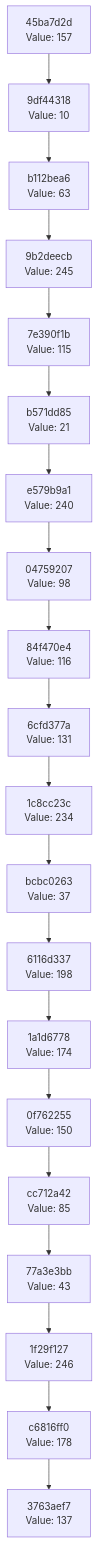
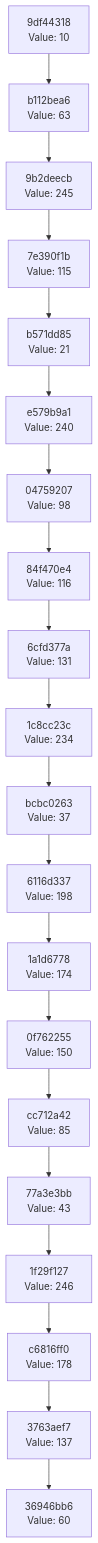
One commit to Abhisheksinha1506/hash-chain-evolver changed the diagram in docs/CHAIN_VISUALIZATION.md. Above: the diagram before and after it, drawn with Mermaid. The commit also changed 3 other files, not shown here.

````diff
--- a/docs/CHAIN_VISUALIZATION.md
+++ b/docs/CHAIN_VISUALIZATION.md
@@ -3,42 +3,42 @@
 ```mermaid
 graph TD
-    C0["3763aef7<br/>Value: 137"]
-    C1["c6816ff0<br/>Value: 178"]
+    C0["36946bb6<br/>Value: 60"]
+    C1["3763aef7<br/>Value: 137"]
     C1 --> C0
-    C2["1f29f127<br/>Value: 246"]
+    C2["c6816ff0<br/>Value: 178"]
     C2 --> C1
-    C3["77a3e3bb<br/>Value: 43"]
+    C3["1f29f127<br/>Value: 246"]
     C3 --> C2
-    C4["cc712a42<br/>Value: 85"]
+    C4["77a3e3bb<br/>Value: 43"]
     C4 --> C3
-    C5["0f762255<br/>Value: 150"]
+    C5["cc712a42<br/>Value: 85"]
     C5 --> C4
-    C6["1a1d6778<br/>Value: 174"]
+    C6["0f762255<br/>Value: 150"]
     C6 --> C5
-    C7["6116d337<br/>Value: 198"]
+    C7["1a1d6778<br/>Value: 174"]
     C7 --> C6
-    C8["bcbc0263<br/>Value: 37"]
+    C8["6116d337<br/>Value: 198"]
     C8 --> C7
-    C9["1c8cc23c<br/>Value: 234"]
+    C9["bcbc0263<br/>Value: 37"]
     C9 --> C8
-    C10["6cfd377a<br/>Value: 131"]
+    C10["1c8cc23c<br/>Value: 234"]
     C10 --> C9
-    C11["84f470e4<br/>Value: 116"]
+    C11["6cfd377a<br/>Value: 131"]
     C11 --> C10
-    C12["04759207<br/>Value: 98"]
+    C12["84f470e4<br/>Value: 116"]
     C12 --> C11
-    C13["e579b9a1<br/>Value: 240"]
+    C13["04759207<br/>Value: 98"]
     C13 --> C12
-    C14["b571dd85<br/>Value: 21"]
+    C14["e579b9a1<br/>Value: 240"]
     C14 --> C13
-    C15["7e390f1b<br/>Value: 115"]
+    C15["b571dd85<br/>Value: 21"]
     C15 --> C14
-    C16["9b2deecb<br/>Value: 245"]
+    C16["7e390f1b<br/>Value: 115"]
     C16 --> C15
-    C17["b112bea6<br/>Value: 63"]
+    C17["9b2deecb<br/>Value: 245"]
     C17 --> C16
-    C18["9df44318<br/>Value: 10"]
+    C18["b112bea6<br/>Value: 63"]
     C18 --> C17
-    C19["45ba7d2d<br/>Value: 157"]
+    C19["9df44318<br/>Value: 10"]
     C19 --> C18
 ```
````
